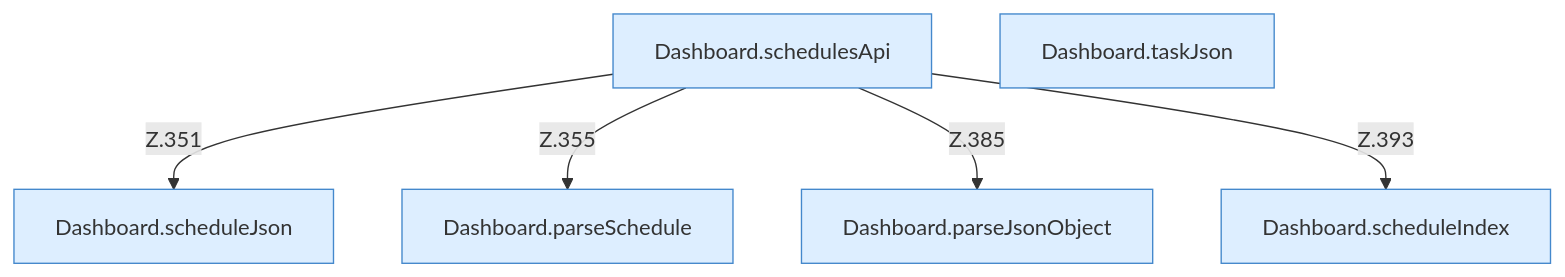
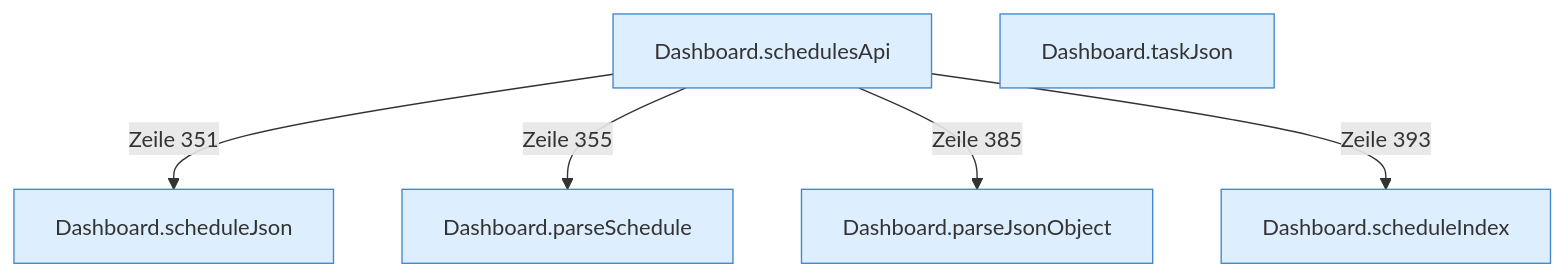
The diagram in API-Zeit.md (PrinceDiamant/minecraft-serverhoster-plugin), drawn with Mermaid before and after one commit. The commit also changed other lines of this file and 2005 other files, not shown here.

````diff
--- a/API-Zeit.md
+++ b/API-Zeit.md
@@ -5,15 +5,15 @@
 ```mermaid
 flowchart TD
   n1["Dashboard.schedulesApi"]:::internal-link
   n2["Dashboard.parseSchedule"]:::internal-link
   n3["Dashboard.parseJsonObject"]:::internal-link
   n4["Dashboard.scheduleJson"]:::internal-link
   n5["Dashboard.scheduleIndex"]:::internal-link
   n6["Dashboard.taskJson"]:::internal-link
-  n1 -->|"Z.351"| n4
-  n1 -->|"Z.355"| n2
-  n1 -->|"Z.385"| n3
-  n1 -->|"Z.393"| n5
+  n1 -->|"Zeile 351"| n4
+  n1 -->|"Zeile 355"| n2
+  n1 -->|"Zeile 385"| n3
+  n1 -->|"Zeile 393"| n5
   classDef internal-link fill:#ddeeff,stroke:#4488cc
   classDef befund fill:#f88
 ```
````
